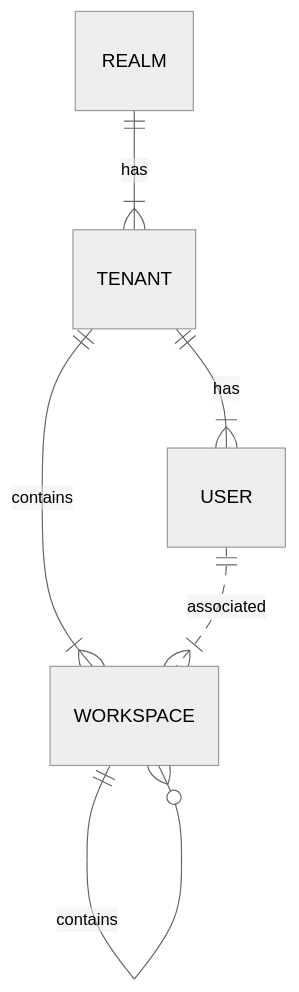
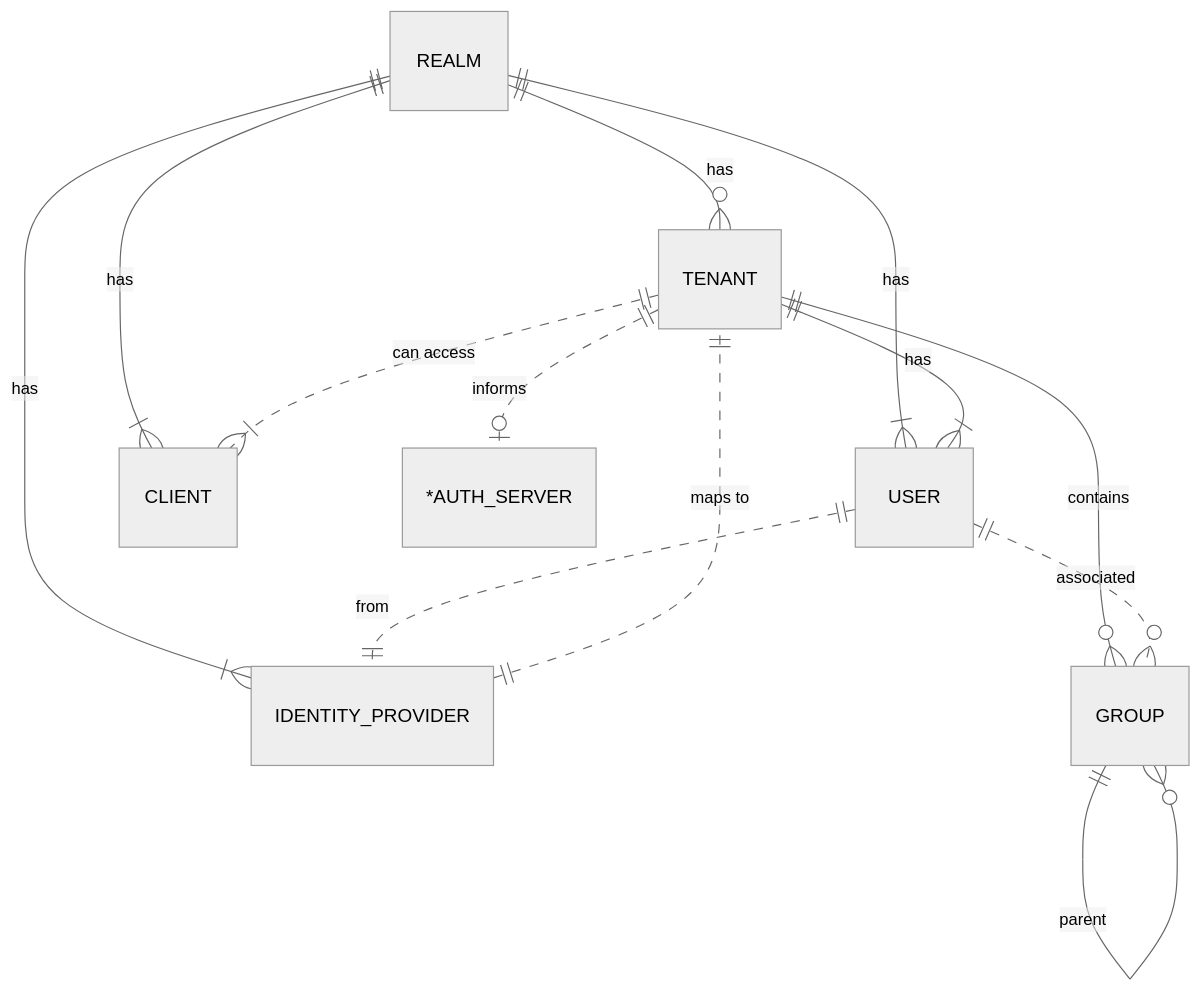
Before and after one commit to Redhat-Alice/keycloak: the second of 2 diagrams in docs/design/tenancy/entities.md, drawn with Mermaid (neutral theme). The commit also changed other lines of this file, not shown here.

Commit message:
update entities doc

````diff
--- a/docs/design/tenancy/entities.md
+++ b/docs/design/tenancy/entities.md
@@ -67,8 +71,15 @@
 ```mermaid
 erDiagram
-    REALM ||--|{ TENANT: has
-    TENANT ||--|{ WORKSPACE: contains
-    WORKSPACE ||--o{ WORKSPACE: contains
+    REALM ||--o{ TENANT: has
+    REALM ||--|{ USER: has
+    REALM ||--|{ CLIENT: has
+    REALM ||--|{ IDENTITY_PROVIDER: has
+    USER ||..|| IDENTITY_PROVIDER: from
+    IDENTITY_PROVIDER ||..|| TENANT: "maps to"
+    TENANT ||..|{ CLIENT: "can access"
+    TENANT ||..o| "*AUTH_SERVER": informs
     TENANT ||--|{ USER: has
-    USER ||..|{ WORKSPACE: associated
+    TENANT ||--o{ GROUP: contains
+    GROUP ||--o{ GROUP: parent
+    USER ||..o{ GROUP: associated
 ```
````
